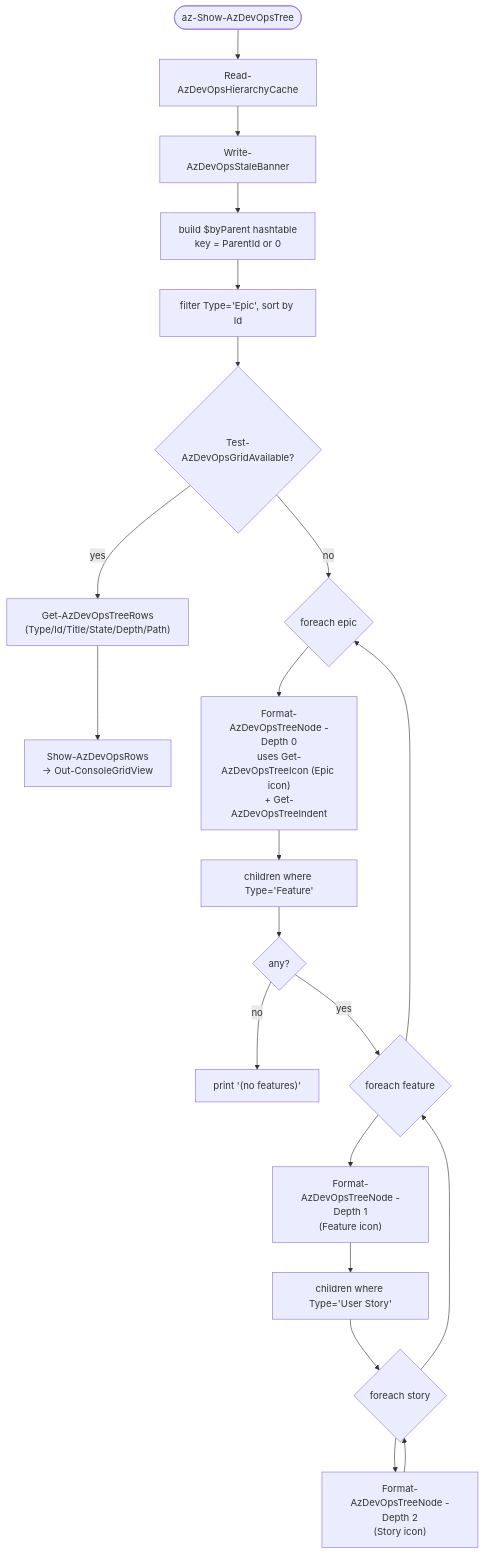
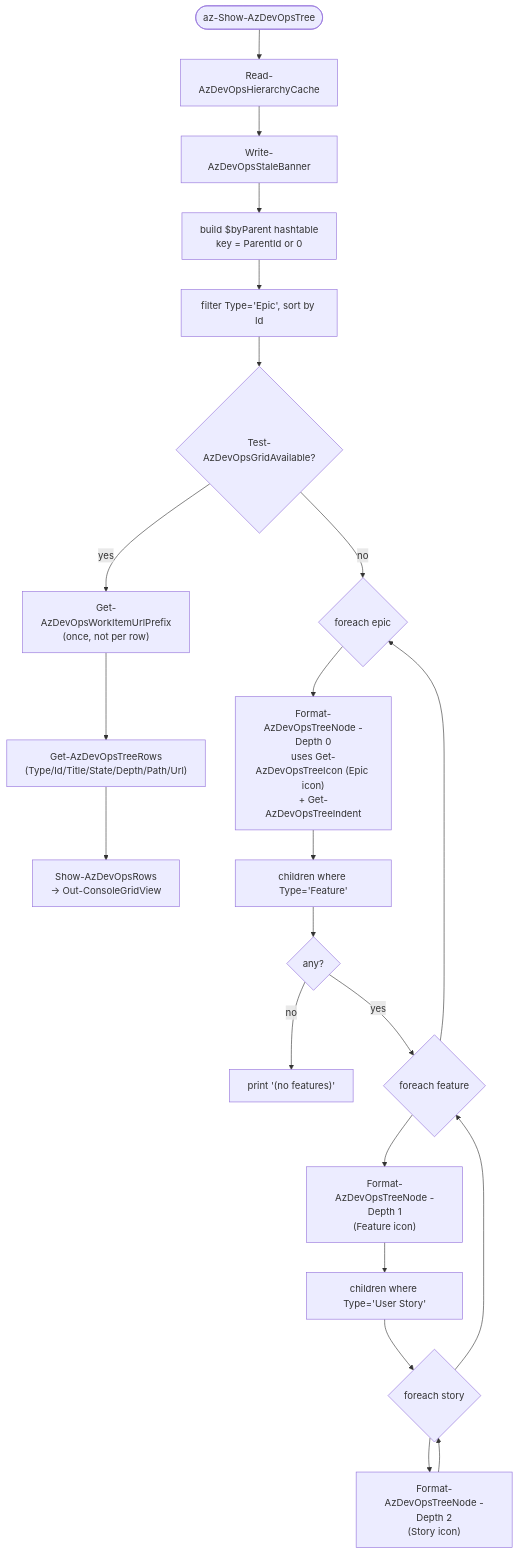
One commit to jdschleicher/bashcuts changed the seventh of 10 diagrams in docs/azure-devops-diagrams.md. Above: the diagram before and after it, drawn with Mermaid. The commit also changed other lines of this file, not shown here.

First line of the commit message:
docs(#40): add new URL helpers to AzDO function dependency map + tree-row diagram

````diff
--- a/docs/azure-devops-diagrams.md
+++ b/docs/azure-devops-diagrams.md
@@ -267,23 +267,24 @@
 ```mermaid
 flowchart TD
     Start([az-Show-AzDevOpsTree]) --> Read[Read-AzDevOpsHierarchyCache]
     Read --> Banner[Write-AzDevOpsStaleBanner]
     Banner --> Index["build $byParent hashtable<br/>key = ParentId or 0"]
     Index --> Epics["filter Type='Epic', sort by Id"]
     Epics --> Grid{Test-AzDevOpsGridAvailable?}
-    Grid -- yes --> RowsFn["Get-AzDevOpsTreeRows<br/>(Type/Id/Title/State/Depth/Path)"]
+    Grid -- yes --> Pfx["Get-AzDevOpsWorkItemUrlPrefix<br/>(once, not per row)"]
+    Pfx --> RowsFn["Get-AzDevOpsTreeRows<br/>(Type/Id/Title/State/Depth/Path/Url)"]
     RowsFn --> Show["Show-AzDevOpsRows<br/>→ Out-ConsoleGridView"]
     Grid -- no --> ForEpic{foreach epic}
     ForEpic --> NodeE["Format-AzDevOpsTreeNode -Depth 0<br/>uses Get-AzDevOpsTreeIcon (Epic icon)<br/>+ Get-AzDevOpsTreeIndent"]
     NodeE --> Features["children where Type='Feature'"]
     Features --> NoFeat{any?}
     NoFeat -- no --> Empty["print '(no features)'"]
     NoFeat -- yes --> ForFeat{foreach feature}
     ForFeat --> NodeF["Format-AzDevOpsTreeNode -Depth 1<br/>(Feature icon)"]
     NodeF --> Stories["children where Type='User Story'"]
     Stories --> ForStory{foreach story}
     ForStory --> NodeS["Format-AzDevOpsTreeNode -Depth 2<br/>(Story icon)"]
     NodeS --> ForStory
     ForStory --> ForFeat
     ForFeat --> ForEpic
 ```
````
